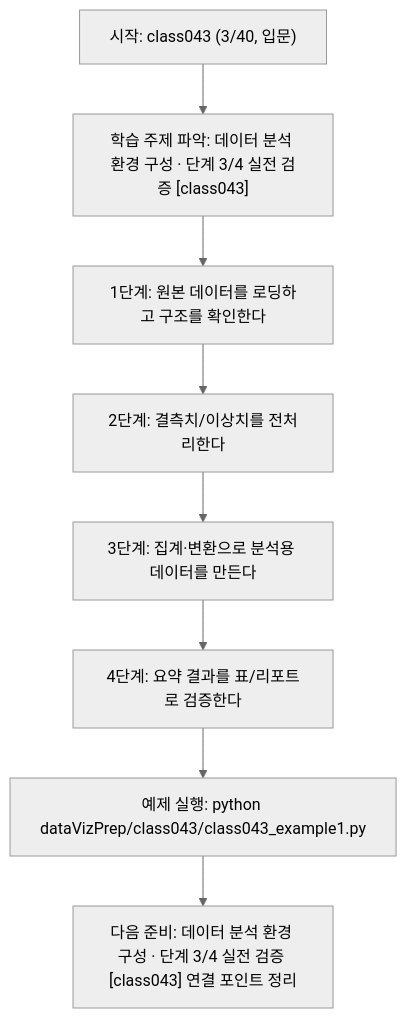
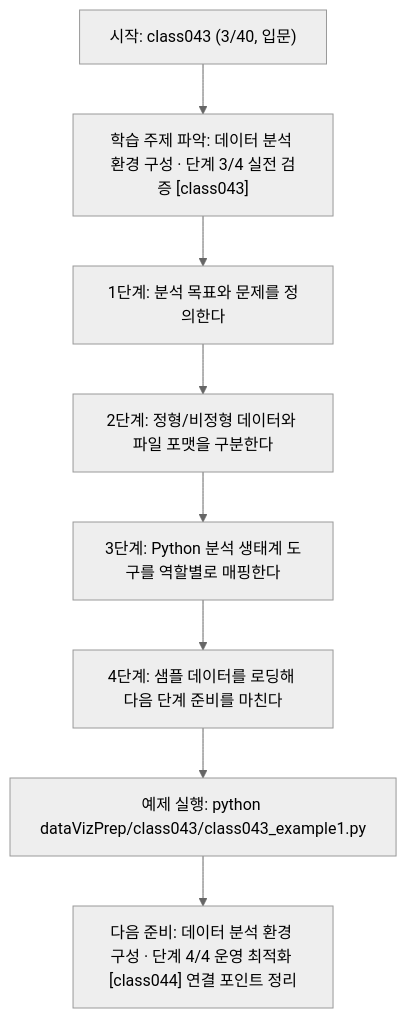
Before and after one commit to edumgt/Python-AI_Agent-Class: the diagram in dataVizPrep/class043/class043.md, drawn with Mermaid (neutral theme). The commit also changed other lines of this file and 283 other files, not shown here.

````diff
--- a/dataVizPrep/class043/class043.md
+++ b/dataVizPrep/class043/class043.md
@@ -112,18 +92,18 @@
 ```mermaid
 flowchart TD
 N1["시작: class043 (3/40, 입문)"]
 N2["학습 주제 파악: 데이터 분석 환경 구성 · 단계 3/4 실전 검증 [class043]"]
-N3["1단계: 원본 데이터를 로딩하고 구조를 확인한다"]
-N4["2단계: 결측치/이상치를 전처리한다"]
-N5["3단계: 집계·변환으로 분석용 데이터를 만든다"]
-N6["4단계: 요약 결과를 표/리포트로 검증한다"]
+N3["1단계: 분석 목표와 문제를 정의한다"]
+N4["2단계: 정형/비정형 데이터와 파일 포맷을 구분한다"]
+N5["3단계: Python 분석 생태계 도구를 역할별로 매핑한다"]
+N6["4단계: 샘플 데이터를 로딩해 다음 단계 준비를 마친다"]
 N7["예제 실행: python dataVizPrep/class043/class043_example1.py"]
-N8["다음 준비: 데이터 분석 환경 구성 · 단계 3/4 실전 검증 [class043] 연결 포인트 정리"]
+N8["다음 준비: 데이터 분석 환경 구성 · 단계 4/4 운영 최적화 [class044] 연결 포인트 정리"]
 N1 --> N2
 N2 --> N3
 N3 --> N4
 N4 --> N5
 N5 --> N6
 N6 --> N7
 N7 --> N8
 ```
````
